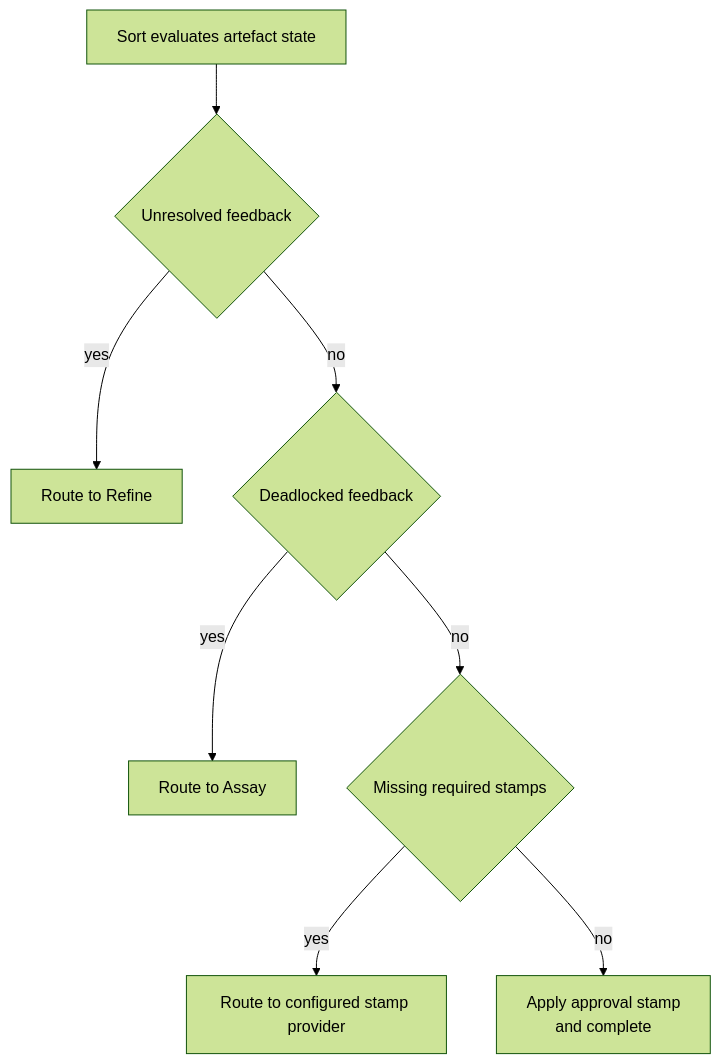
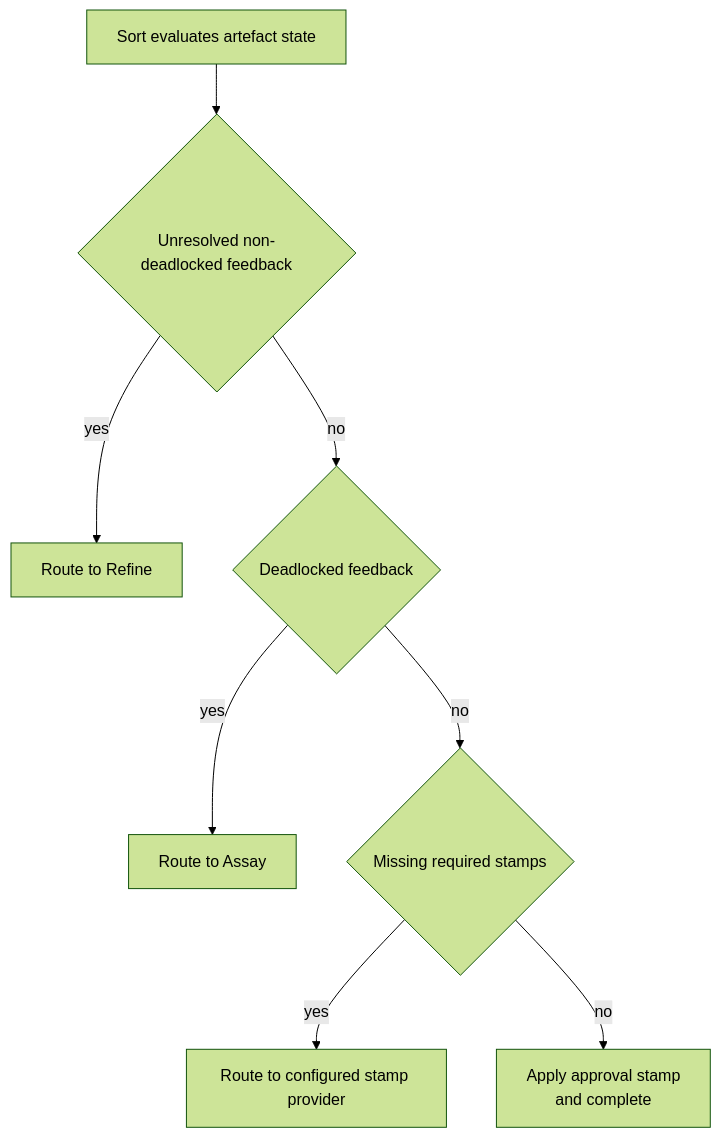
The third of 3 diagrams in 02-flow/03-nodes-external.md (really-knows-ai/gideas), drawn with Mermaid (forest theme) before and after one commit. The commit also changed other lines of this file and 3 other files, not shown here.

````diff
--- a/02-flow/03-nodes-external.md
+++ b/02-flow/03-nodes-external.md
@@ -106,10 +108,10 @@
 ```mermaid
 flowchart TD
-    S["Sort evaluates artefact state"] --> U{Unresolved feedback}
+    S["Sort evaluates artefact state"] --> U{Unresolved non-deadlocked feedback}
     U -->|yes| R1["Route to Refine"]
     U -->|no| D{Deadlocked feedback}
     D -->|yes| A1["Route to Assay"]
     D -->|no| M{Missing required stamps}
     M -->|yes| P1["Route to configured stamp provider"]
     M -->|no| AP["Apply approval stamp<br/>and complete"]
 ```
````
